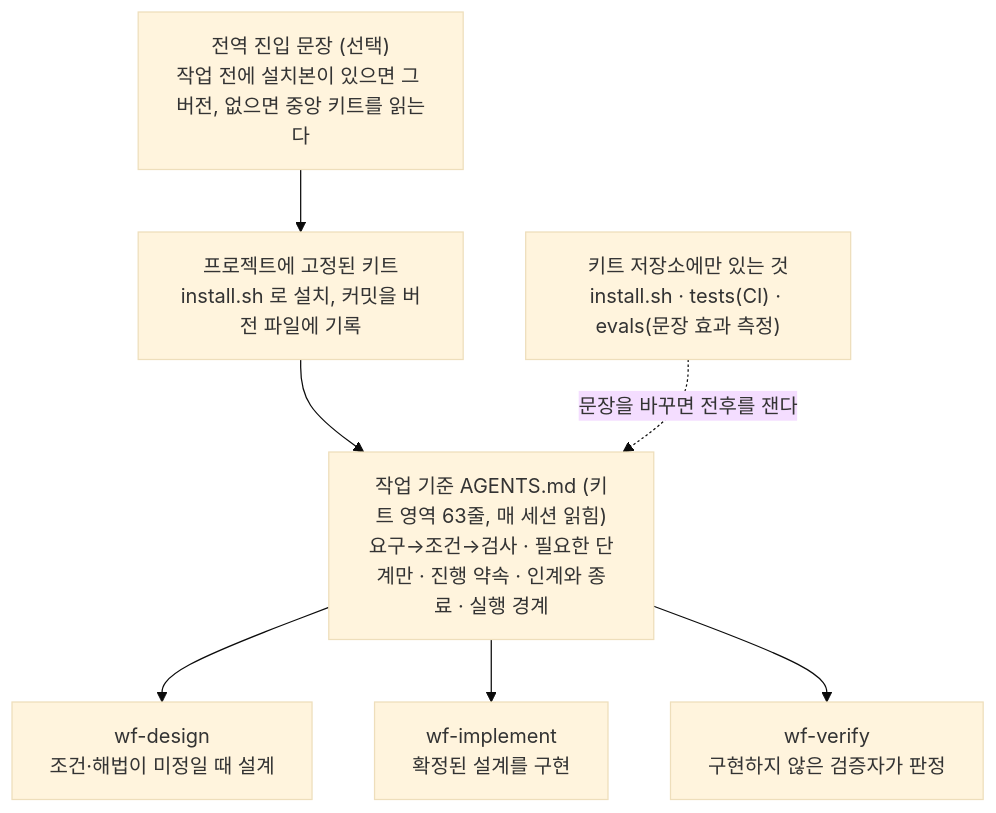
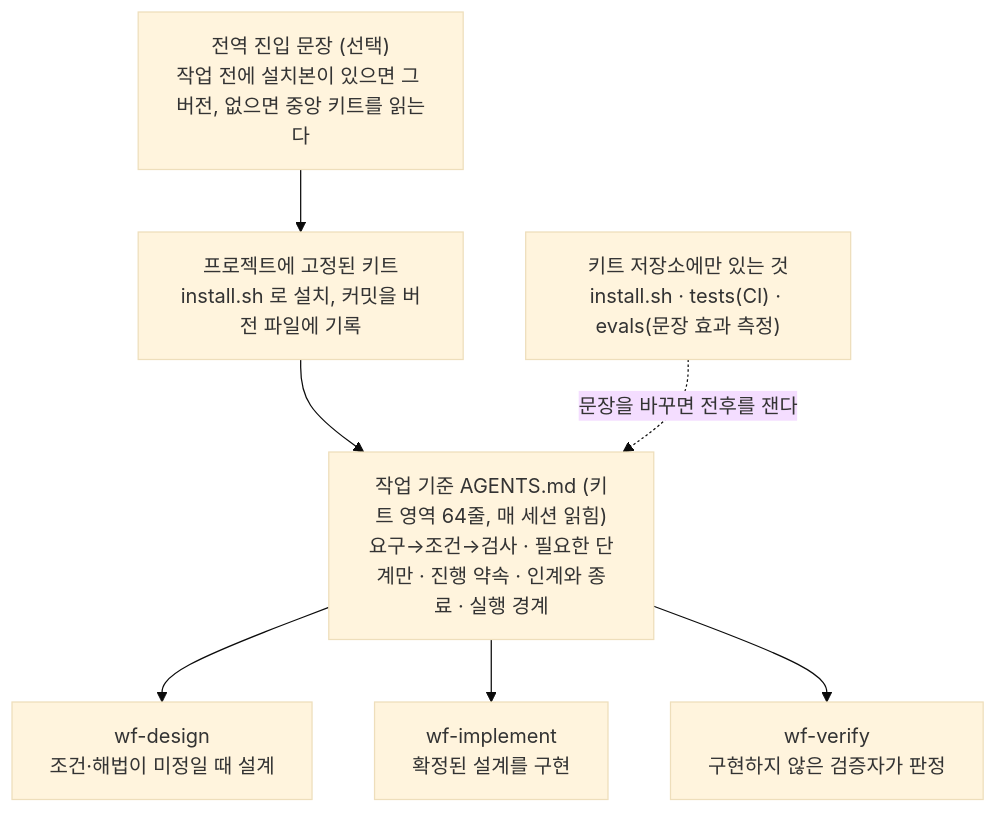
One commit to taehyung-lab/agent-workflow-kit changed the first of 2 diagrams in README.md. Above: the diagram before and after it, drawn with Mermaid (base theme). The commit also changed other lines of this file and 94 other files, not shown here.

````diff
--- a/README.md
+++ b/README.md
@@ -28,13 +28,13 @@
 ```mermaid
 flowchart TD
   E["전역 진입 문장 (선택)<br/>작업 전에 설치본이 있으면 그 버전, 없으면 중앙 키트를 읽는다"]
   P["프로젝트에 고정된 키트<br/>install.sh 로 설치, 커밋을 버전 파일에 기록"]
-  A["작업 기준 AGENTS.md (키트 영역 63줄, 매 세션 읽힘)<br/>요구→조건→검사 · 필요한 단계만 · 진행 약속 · 인계와 종료 · 실행 경계"]
+  A["작업 기준 AGENTS.md (키트 영역 64줄, 매 세션 읽힘)<br/>요구→조건→검사 · 필요한 단계만 · 진행 약속 · 인계와 종료 · 실행 경계"]
   D["wf-design<br/>조건·해법이 미정일 때 설계"]
   I["wf-implement<br/>확정된 설계를 구현"]
   V["wf-verify<br/>구현하지 않은 검증자가 판정"]
   R["키트 저장소에만 있는 것<br/>install.sh · tests(CI) · evals(문장 효과 측정)"]
   E --> P --> A
   A --> D & I & V
   R -.->|문장을 바꾸면 전후를 잰다| A
 ```
````
